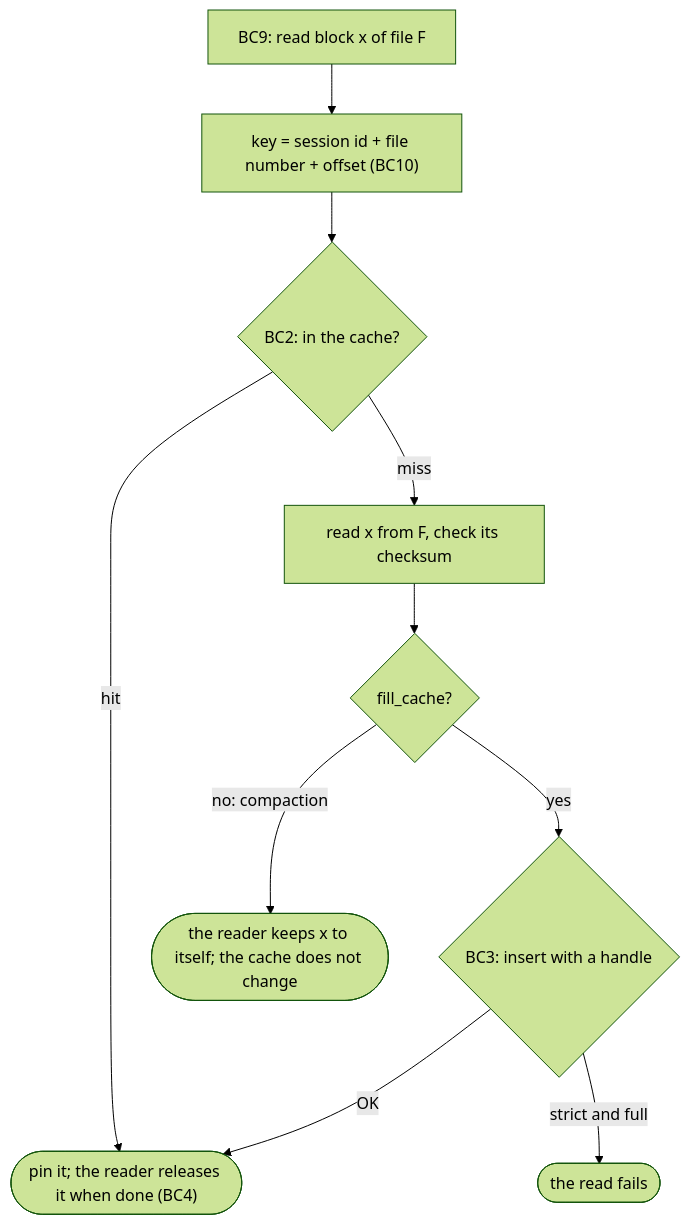
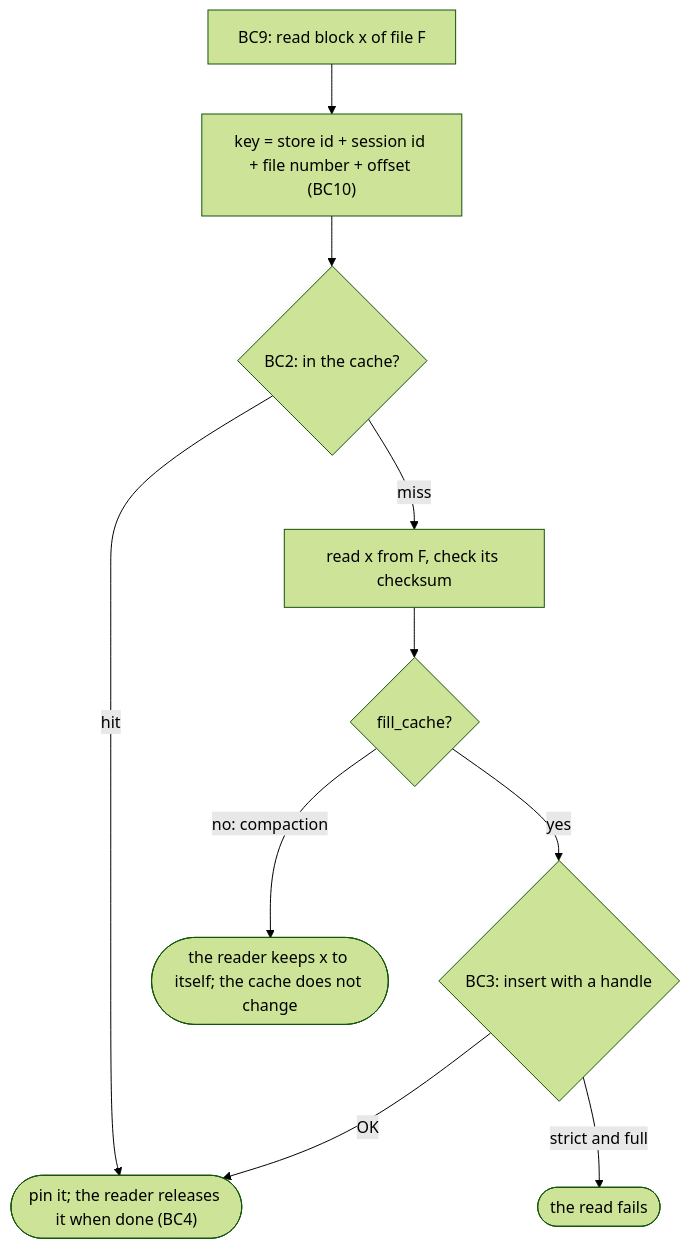
One commit to rupashreeh/verify_compaction changed the second of 2 diagrams in algorithm/blockcache/blockcache.md. Above: the diagram before and after it, drawn with Mermaid (forest theme). The commit also changed other lines of this file, not shown here.

Commit message:
Added the algorithm for block cache

````diff
--- a/algorithm/blockcache/blockcache.md
+++ b/algorithm/blockcache/blockcache.md
@@ -135,12 +123,12 @@
 ```mermaid
 flowchart TD
-    A["BC9: read block x of file F"] --> K["key = session id + file number + offset (BC10)"]
+    A["BC9: read block x of file F"] --> K["key = store id + session id + file number + offset (BC10)"]
     K --> L{"BC2: in the cache?"}
     L -- "hit" --> H(["pin it; the reader releases it when done (BC4)"])
     L -- "miss" --> R["read x from F, check its checksum"]
     R --> F{"fill_cache?"}
     F -- "no: compaction" --> O(["the reader keeps x to itself; the cache does not change"])
     F -- "yes" --> I{"BC3: insert with a handle"}
     I -- "OK" --> H
     I -- "strict and full" --> X(["the read fails"])
 ```
````
